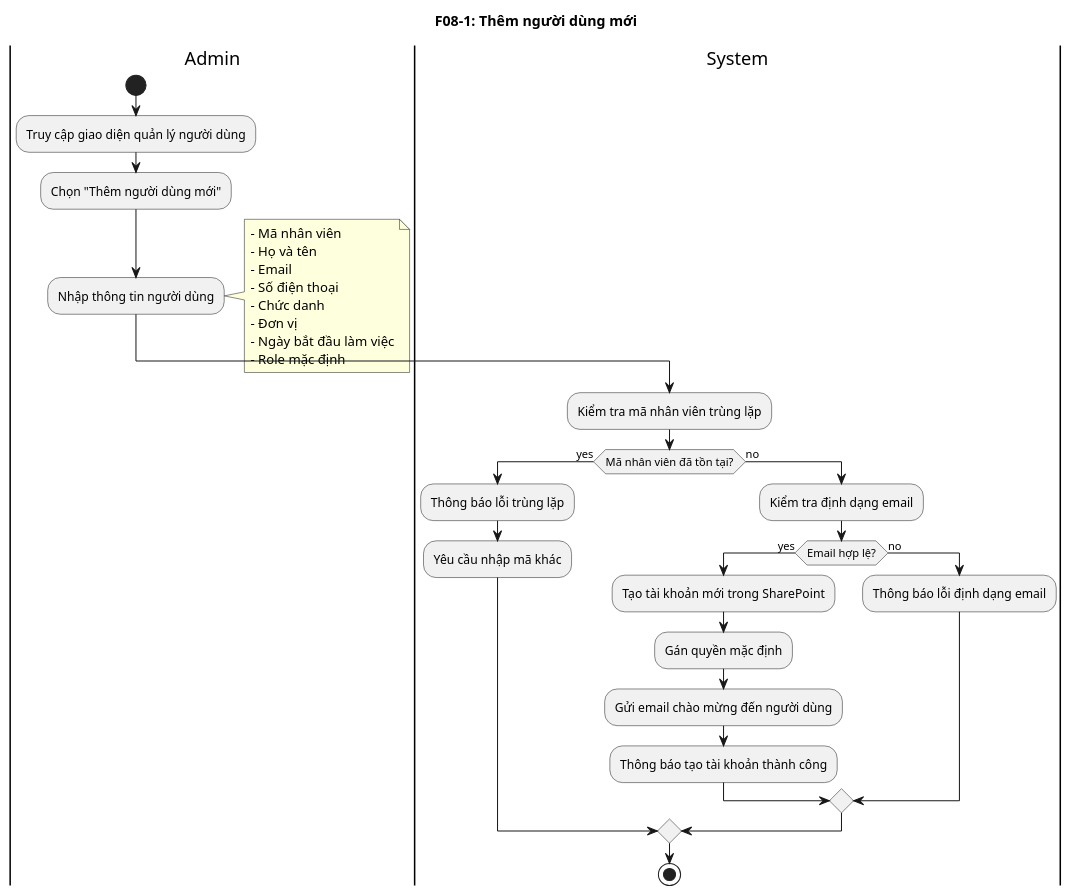
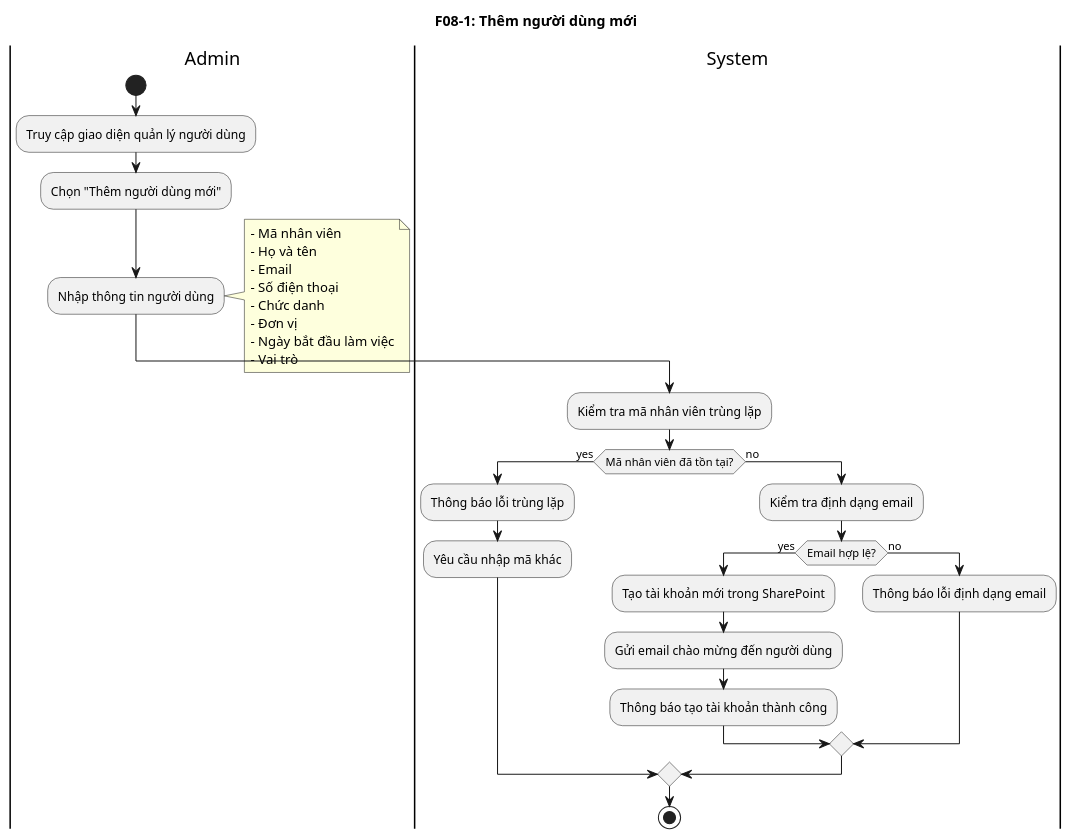
Diagram 13 of 34 in activity_diagrams.puml (hoangh-e/PowerAppp_AppNghiPhep), drawn with PlantUML before and after one commit. The commit also changed other lines of this file and 25 other files, not shown here.

```diff
--- a/activity_diagrams.puml
+++ b/activity_diagrams.puml
@@ -305,35 +302,34 @@
 @startuml F08_1_Add_User
 title F08-1: Thêm người dùng mới
 |Admin|
 start
 :Truy cập giao diện quản lý người dùng;
 :Chọn "Thêm người dùng mới";
 :Nhập thông tin người dùng;
 note right
 - Mã nhân viên
 - Họ và tên
 - Email
 - Số điện thoại
 - Chức danh
 - Đơn vị
 - Ngày bắt đầu làm việc
-- Role mặc định
+- Vai trò
 end note
 |System|
 :Kiểm tra mã nhân viên trùng lặp;
 if (Mã nhân viên đã tồn tại?) then (yes)
   :Thông báo lỗi trùng lặp;
   :Yêu cầu nhập mã khác;
 else (no)
   :Kiểm tra định dạng email;
   if (Email hợp lệ?) then (yes)
     :Tạo tài khoản mới trong SharePoint;
-    :Gán quyền mặc định;
     :Gửi email chào mừng đến người dùng;
     :Thông báo tạo tài khoản thành công;
   else (no)
     :Thông báo lỗi định dạng email;
   endif
 endif
 stop
 @enduml
```
